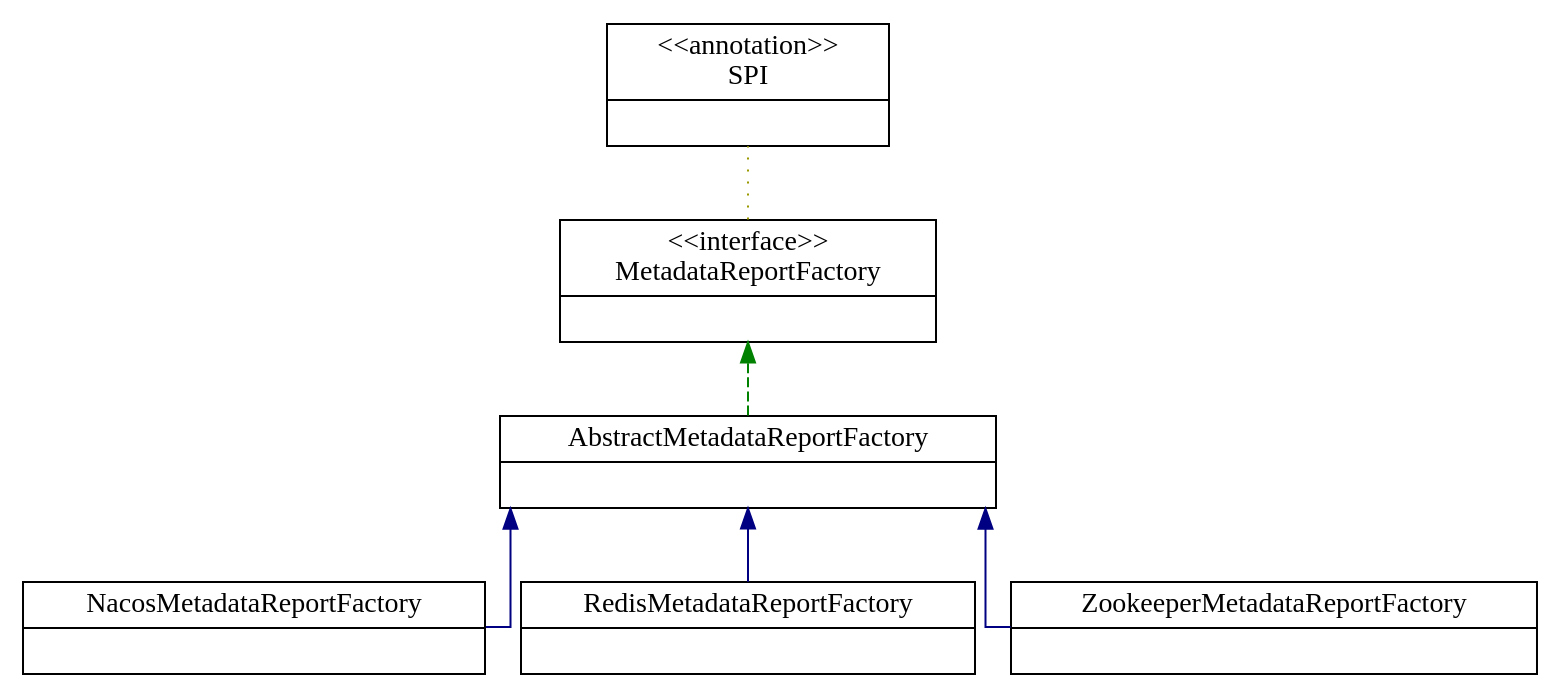
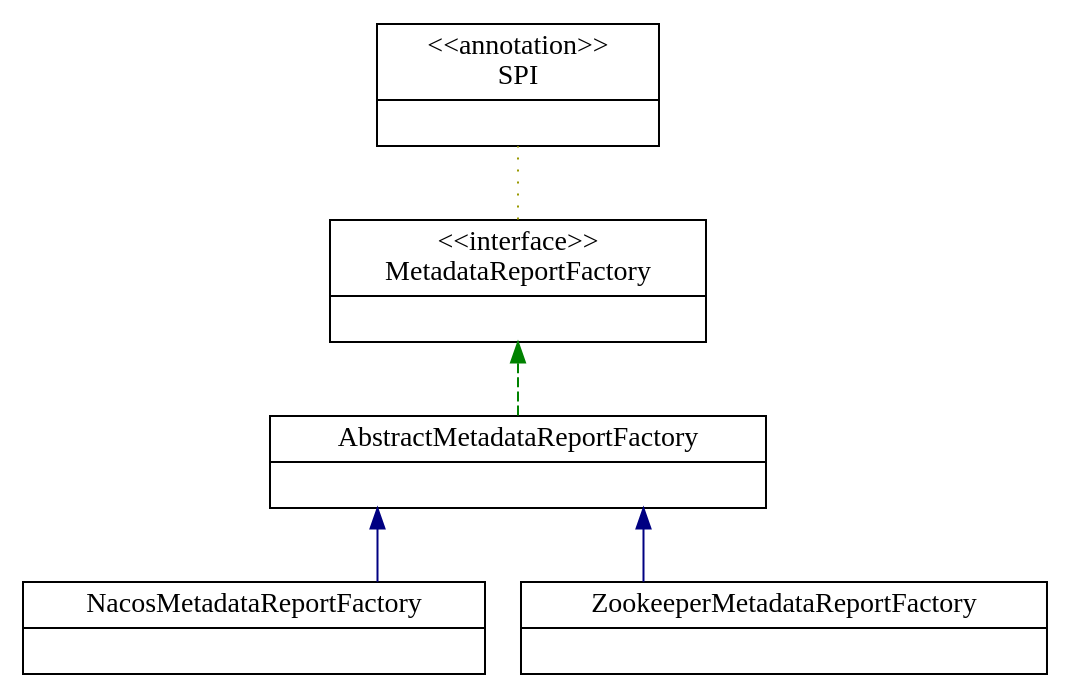
The diagram in docs/CS/Framework/Dubbo/Metadata.md (Robinpig/Note), drawn with Graphviz before and after one commit. The commit also changed other lines of this file and 21 other files, not shown here.

````diff
--- a/docs/CS/Framework/Dubbo/Metadata.md
+++ b/docs/CS/Framework/Dubbo/Metadata.md
@@ -255,27 +338,24 @@
 ```dot
 digraph "MetadataReportFactory" {
 
 rankdir = BT
 
 splines  = ortho;
 fontname = "Inconsolata";
 
 node [colorscheme = ylgnbu4];
 edge [colorscheme = dark28, dir = both];
 
 AbstractMetadataReportFactory  [shape = record, label = "{ AbstractMetadataReportFactory |  }"];
 MetadataReportFactory          [shape = record, label = "{ \<\<interface\>\>\nMetadataReportFactory |  }"];
 NacosMetadataReportFactory     [shape = record, label = "{ NacosMetadataReportFactory |  }"];
-RedisMetadataReportFactory     [shape = record, label = "{ RedisMetadataReportFactory |  }"];
 SPI                            [shape = record, label = "{ \<\<annotation\>\>\nSPI |  }"];
 ZookeeperMetadataReportFactory [shape = record, label = "{ ZookeeperMetadataReportFactory |  }"];
 
 AbstractMetadataReportFactory  -> MetadataReportFactory          [color = "#008200", style = dashed, arrowtail = none    , arrowhead = normal  , taillabel = "", label = "", headlabel = ""];
 MetadataReportFactory          -> SPI                            [color = "#999900", style = dotted, arrowtail = none    , arrowhead = none    , taillabel = "", label = "", headlabel = ""];
 NacosMetadataReportFactory     -> AbstractMetadataReportFactory  [color = "#000082", style = solid , arrowtail = none    , arrowhead = normal  , taillabel = "", label = "", headlabel = ""];
-RedisMetadataReportFactory     -> AbstractMetadataReportFactory  [color = "#000082", style = solid , arrowtail = none    , arrowhead = normal  , taillabel = "", label = "", headlabel = ""];
 ZookeeperMetadataReportFactory -> AbstractMetadataReportFactory  [color = "#000082", style = solid , arrowtail = none    , arrowhead = normal  , taillabel = "", label = "", headlabel = ""];
 
 }
-
 ```
````
